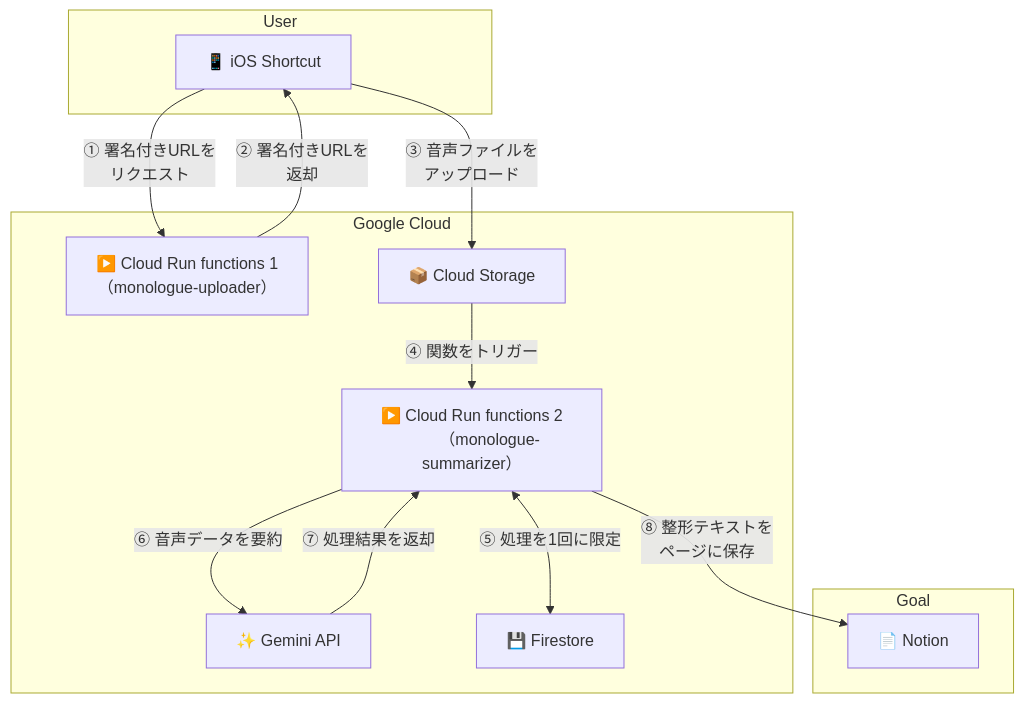
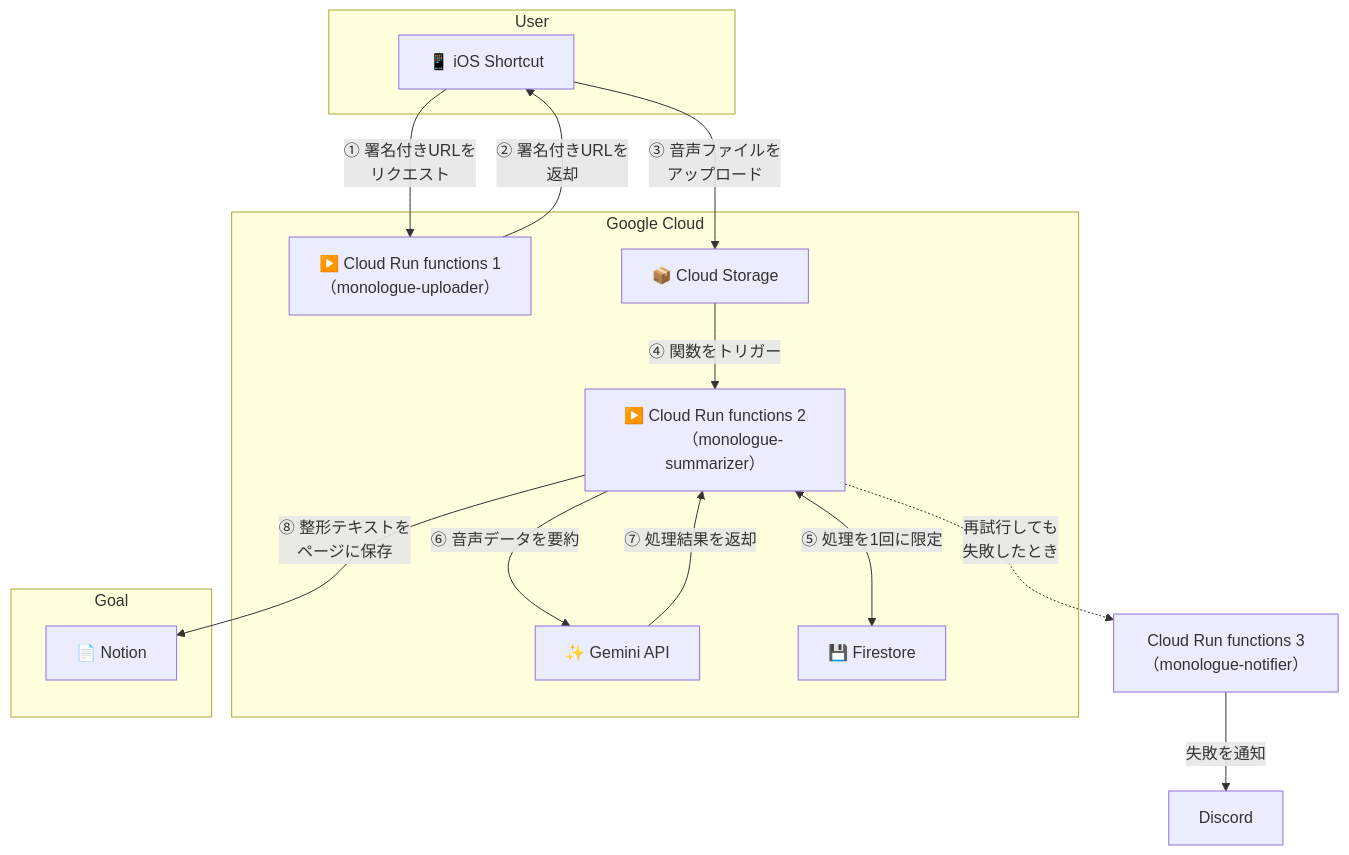
The first of 3 diagrams in README.md (yasuguin/monologue-muser), drawn with Mermaid before and after one commit. The commit also changed other lines of this file and 21 other files, not shown here.

````diff
--- a/README.md
+++ b/README.md
@@ -19,33 +23,37 @@
 ```mermaid
 flowchart TD
     subgraph "User"
         A[📱 iOS Shortcut]
     end
 
     subgraph "Google Cloud"
         B[▶️ Cloud Run functions 1
         （monologue-uploader）]
         C[📦 Cloud Storage]
         D[▶️ Cloud Run functions 2
         （monologue-summarizer）]
         E[✨ Gemini API]
         F[💾 Firestore]
     end
 
     subgraph "Goal"
         G[📄 Notion]
     end
 
     A -- "① 署名付きURLを
 	リクエスト" --> B
     B -- "② 署名付きURLを
 	返却" --> A
     A -- "③ 音声ファイルを
 	アップロード" --> C
     C -- "④ 関数をトリガー" --> D
     D <--> |"⑤ 処理を1回に限定"| F
     D -- "⑥ 音声データを要約" --> E
     E -- "⑦ 処理結果を返却" --> D
     D -- "⑧ 整形テキストを
 	ページに保存" --> G
+    D -. "再試行しても
+	失敗したとき" .-> H[Cloud Run functions 3
+	（monologue-notifier）]
+    H -- "失敗を通知" --> I[Discord]
 ```
````
